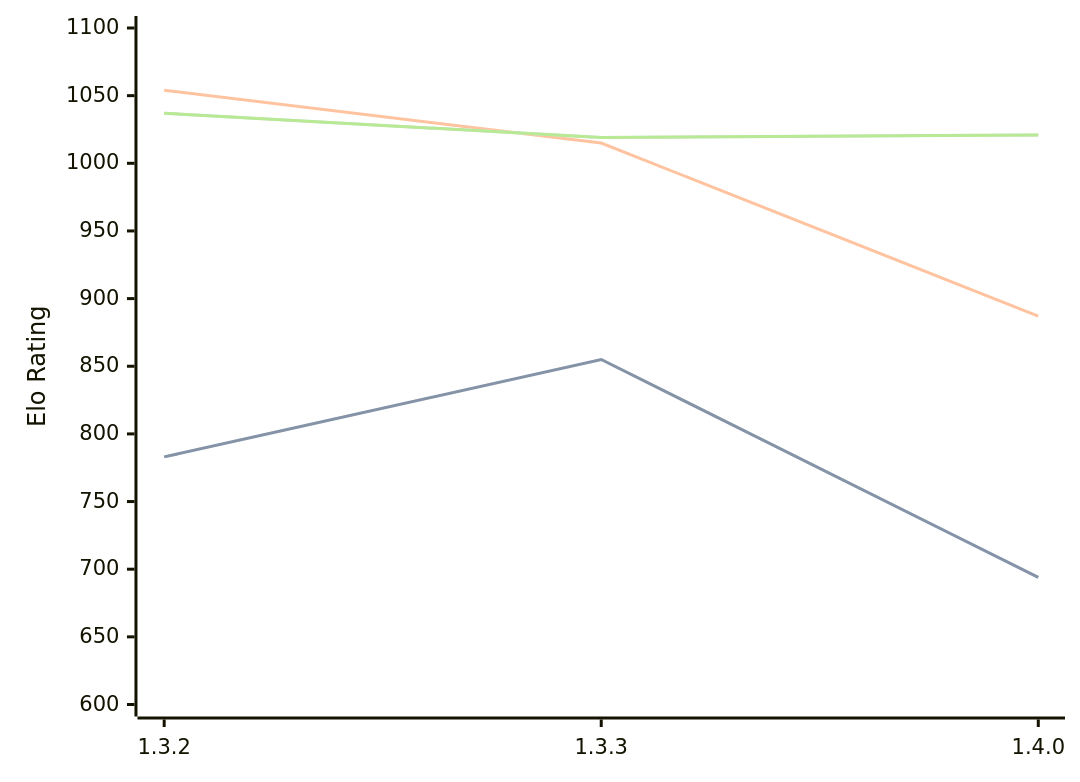
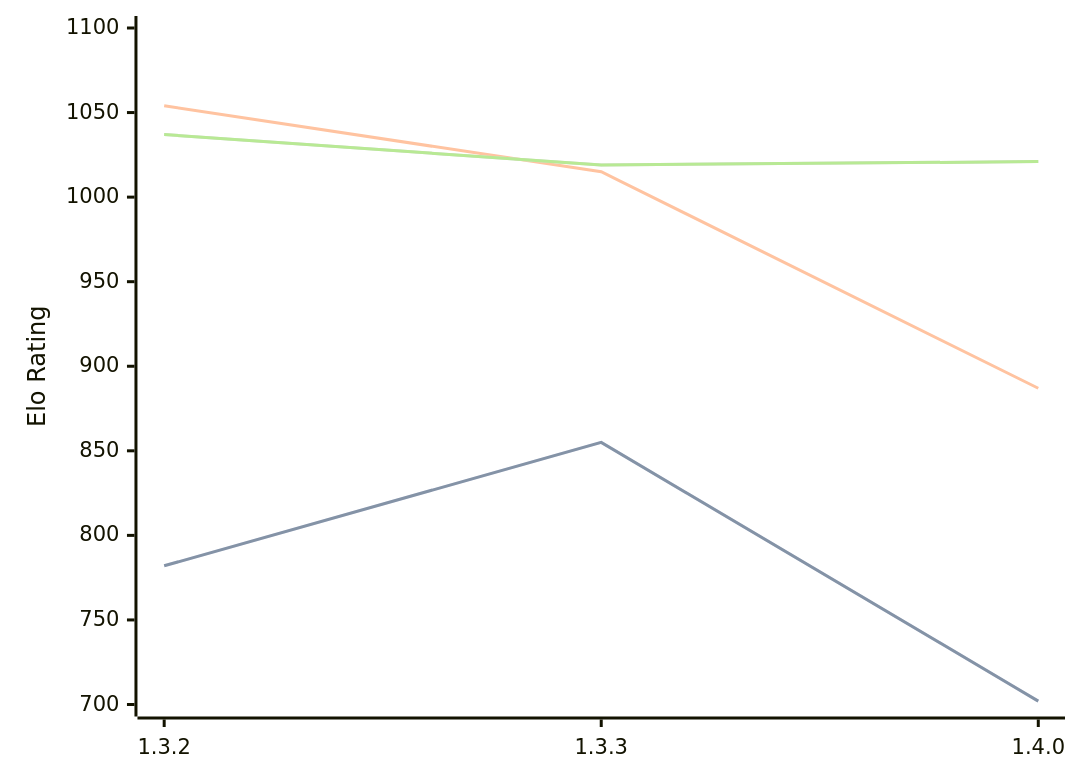
One commit to computer-chess-index/cci changed the diagram in engines/Whitespine.md. Above: the diagram before and after it, drawn with Mermaid. The commit also changed other lines of this file, not shown here.

Commit message:
Update CCI Ratings (ELO VLTC) - 2026-08-16

````diff
--- a/engines/Whitespine.md
+++ b/engines/Whitespine.md
@@ -33,11 +33,11 @@
 ```mermaid
 %%{init: {"theme":"base","themeVariables":{"seriesColors:['#a3a3a3','#222221','#faa371']}}}%%
 xychart-beta
   x-axis ["1.3.2", "1.3.3", "1.4.0"]
-  y-axis "Elo Rating" 600 --> 1100
-  line "STC (8.0+0.08s)" [783, 855, 694]
-  line "STC (8.0+0.08s)" [783, 855, 694]
+  y-axis "Elo Rating" 700 --> 1100
+  line "STC (8.0+0.08s)" [782, 855, 702]
+  line "STC (8.0+0.08s)" [782, 855, 702]
   line "LTC (60.0+0.60s)" [1054, 1015, 887]
   line "VLTC (2m24s+1.12s)" [1037, 1019, 1021]
   line "VLTC (2m24s+1.12s)" [1037, 1019, 1021]
 ```
````
